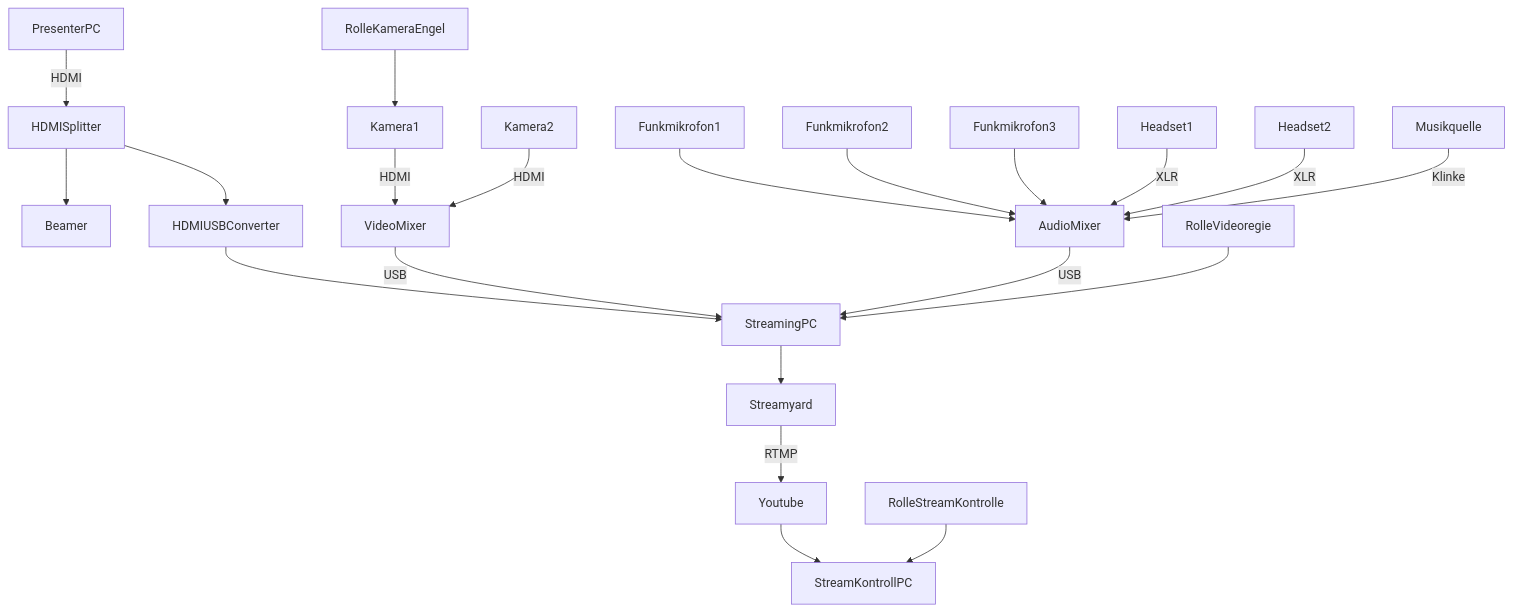
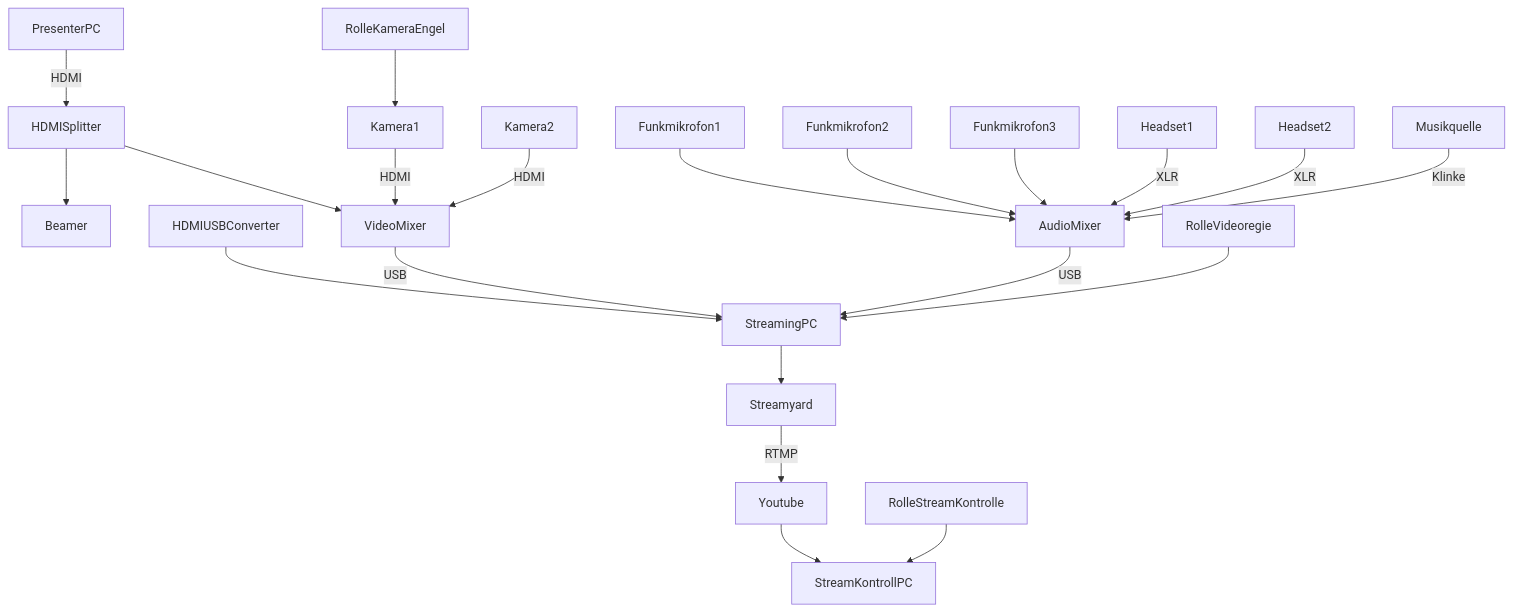
One commit to cogneon/digital-asset-pool changed the first of 2 diagrams in loscon22/Readme.md. Above: the diagram before and after it, drawn with Mermaid.

````diff
--- a/loscon22/Readme.md
+++ b/loscon22/Readme.md
@@ -18,23 +18,23 @@
 ```mermaid
   graph TD;
       PresenterPC-->|HDMI|HDMISplitter;
       HDMISplitter-->Beamer;
-      HDMISplitter-->HDMIUSBConverter;
+      HDMISplitter-->VideoMixer;
       HDMIUSBConverter-->StreamingPC;
       Funkmikrofon1-->AudioMixer;
       Funkmikrofon2-->AudioMixer;
       Funkmikrofon3-->AudioMixer;
       Headset1-->|XLR|AudioMixer;
       Headset2-->|XLR|AudioMixer;
       Musikquelle-->|Klinke|AudioMixer;
       Kamera1-->|HDMI|VideoMixer;
       RolleKameraEngel-->Kamera1;
       Kamera2-->|HDMI|VideoMixer;
       VideoMixer-->|USB|StreamingPC;
       AudioMixer-->|USB|StreamingPC;
       StreamingPC-->Streamyard;
       Streamyard-->|RTMP|Youtube;
       Youtube-->StreamKontrollPC;
       RolleVideoregie-->StreamingPC;
       RolleStreamKontrolle-->StreamKontrollPC;
 ```
````
